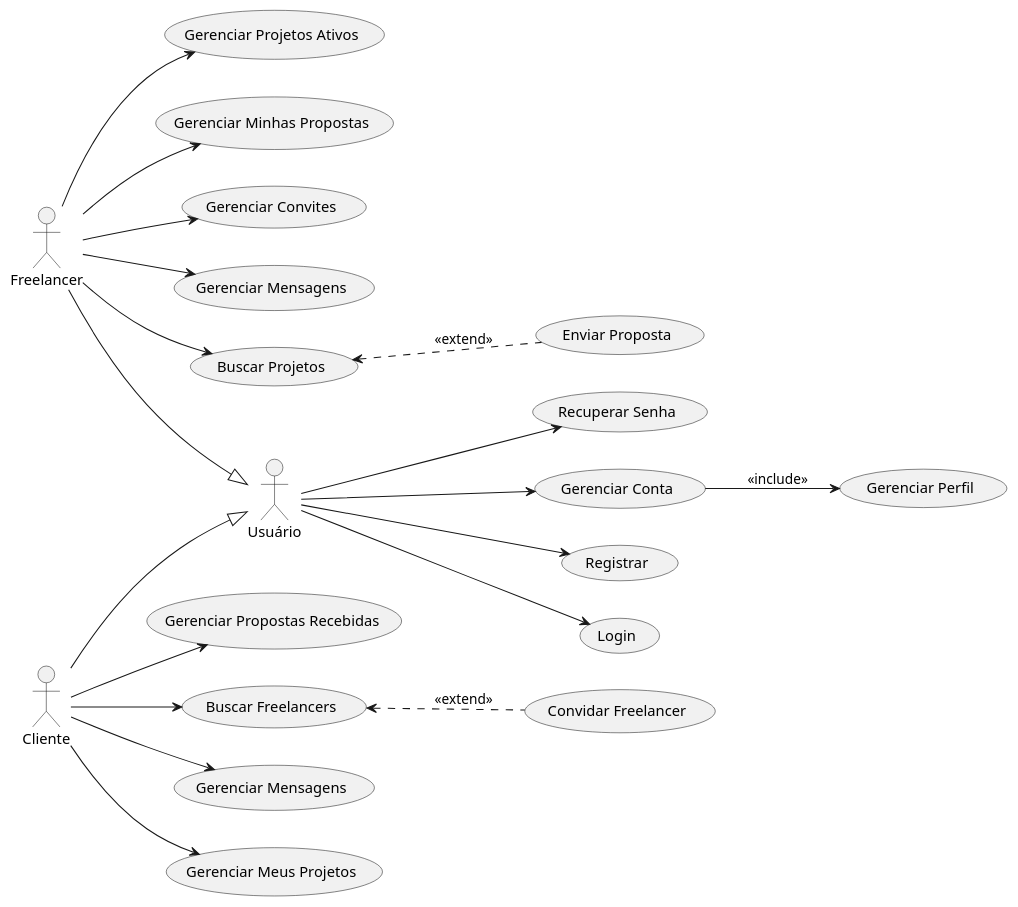
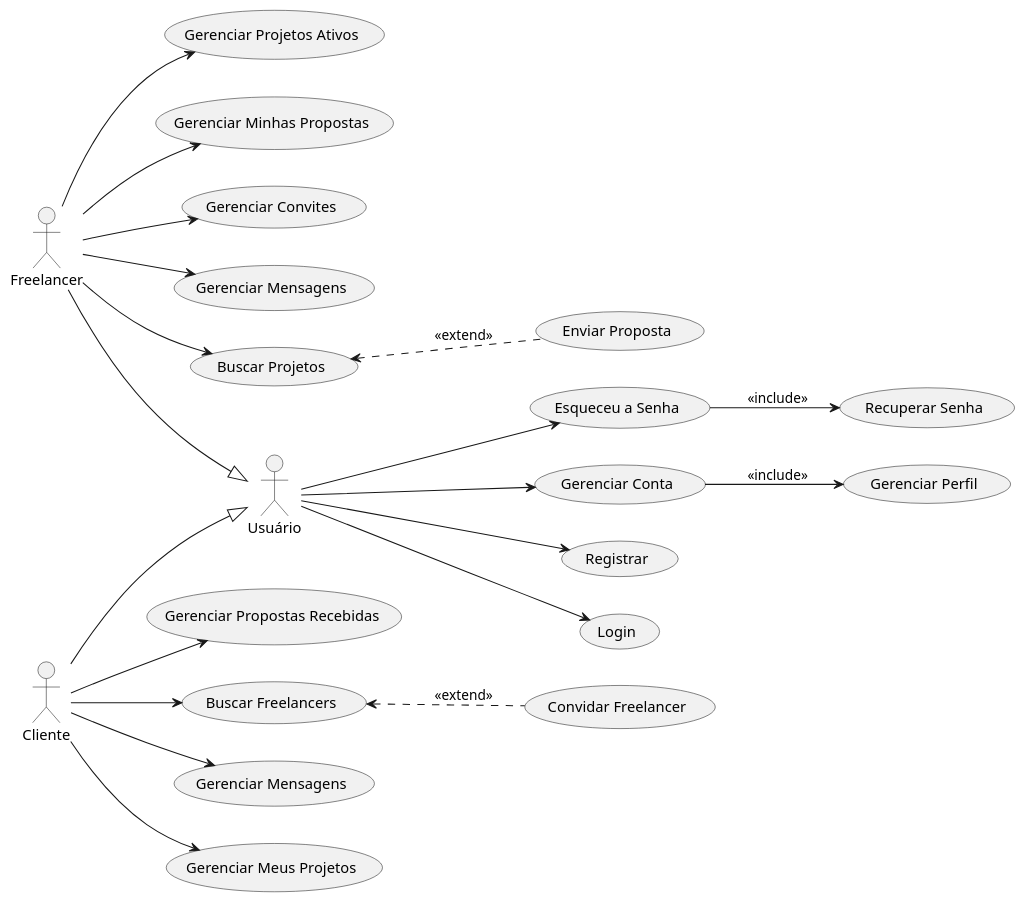
The diagram in docs/useCaseDiagram.puml (lucasneiva/armoredcode), drawn with PlantUML before and after one commit.

Commit message:
minor alt

```diff
--- a/docs/useCaseDiagram.puml
+++ b/docs/useCaseDiagram.puml
@@ -1,52 +1,54 @@
 @startuml usecase diagram
 left to right direction
 
 actor Usuário as User
 actor Freelancer
 actor Cliente
 
 usecase "Registrar" as UC_Registrar
 usecase "Login" as UC_Login
+usecase "Esqueceu a Senha" as UC_EsqueceuSenha
 usecase "Recuperar Senha" as UC_RecuperarSenha
 usecase "Gerenciar Conta" as UC_GerenciarConta
 
 usecase "Gerenciar Perfil" as UC_GerenciarPerfil
 
 usecase "Enviar Proposta" as UC_EnviarProposta
 usecase "Buscar Projetos" as UC_BuscarProjetos
 usecase "Gerenciar Projetos Ativos" as UC_GPA
 usecase "Gerenciar Minhas Propostas" as UC_GMPropostas
 usecase "Gerenciar Convites" as UC_GerenciarConvites
 usecase "Gerenciar Mensagens" as UC_GerenciarMensagens1
 
 usecase "Gerenciar Meus Projetos" as UC_GMProjetos
 usecase "Gerenciar Propostas Recebidas" as UC_GPR
 usecase "Convidar Freelancer" as UC_ConvidarFreelancer
 usecase "Buscar Freelancers" as UC_BuscarFreelancers
 usecase "Gerenciar Mensagens" as UC_GerenciarMensagens2
 
 User --> UC_GerenciarConta
 User --> UC_Login
-User --> UC_RecuperarSenha
+User --> UC_EsqueceuSenha
 User --> UC_Registrar
 
 Cliente --|> User
 Freelancer --|> User
 
+UC_EsqueceuSenha --> UC_RecuperarSenha : <<include>>
 UC_GerenciarConta --> UC_GerenciarPerfil : <<include>>
 
 UC_BuscarFreelancers <.. UC_ConvidarFreelancer : <<extend>>  
 UC_BuscarProjetos <.. UC_EnviarProposta : <<extend>>
 
 Freelancer --> UC_BuscarProjetos
 Freelancer --> UC_GerenciarConvites
 Freelancer --> UC_GerenciarMensagens1
 Freelancer --> UC_GPA
 Freelancer --> UC_GMPropostas
 
 Cliente --> UC_BuscarFreelancers
 Cliente --> UC_GerenciarMensagens2
 Cliente --> UC_GMProjetos
 Cliente --> UC_GPR
 
 @enduml 
```
